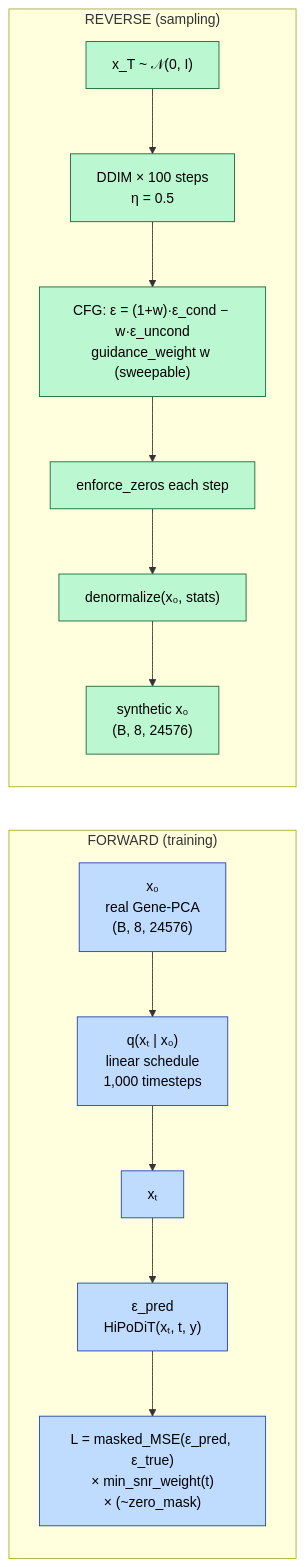
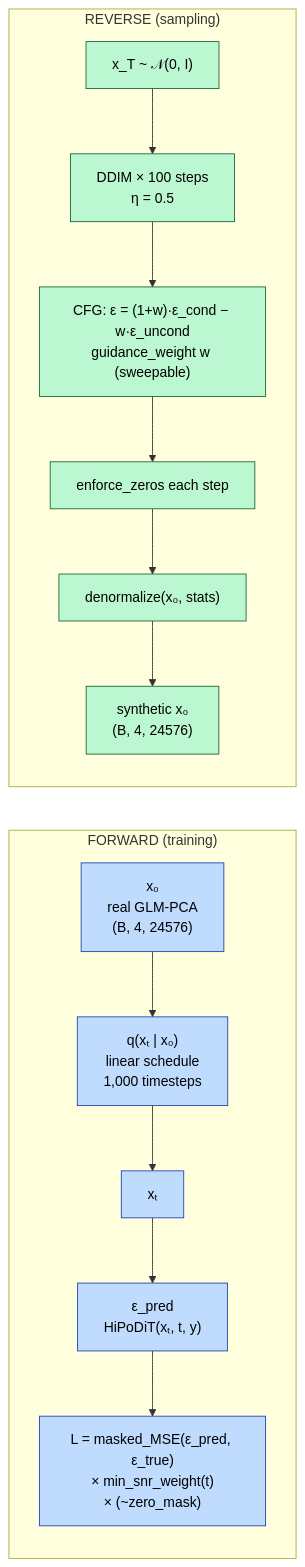
Before and after one commit to zongseung/gene-synthesis-project: the sixth of 8 diagrams in README.md, drawn with Mermaid. The commit also changed other lines of this file and 43 other files, not shown here.

Commit message:
chore: stage HiPoDiT rebuild foundation (binomial GLM-PCA, rebuild/multiseed scripts, tests, OC-FILM removal)

````diff
--- a/README.md
+++ b/README.md
@@ -426,27 +420,27 @@
 ```mermaid
 flowchart LR
     subgraph FWD["FORWARD (training)"]
-        X0["x₀<br/>real Gene-PCA<br/>(B, 8, 24576)"]
+        X0["x₀<br/>real GLM-PCA<br/>(B, 4, 24576)"]
         NS["q(xₜ | x₀)<br/>linear schedule<br/>1,000 timesteps"]
         XT["xₜ"]
         EPS["ε_pred<br/>HiPoDiT(xₜ, t, y)"]
         LOSS["L = masked_MSE(ε_pred, ε_true)<br/>× min_snr_weight(t)<br/>× (~zero_mask)"]
     end
 
     subgraph REV["REVERSE (sampling)"]
         Z["x_T ~ 𝒩(0, I)"]
         DDIM["DDIM × 100 steps<br/>η = 0.5"]
         CFG["CFG: ε = (1+w)·ε_cond − w·ε_uncond<br/>guidance_weight w (sweepable)"]
         Z0["enforce_zeros each step"]
         DEN["denormalize(x₀, stats)"]
-        OUT["synthetic x₀<br/>(B, 8, 24576)"]
+        OUT["synthetic x₀<br/>(B, 4, 24576)"]
     end
 
     X0 --> NS --> XT --> EPS --> LOSS
     Z --> DDIM --> CFG --> Z0 --> DEN --> OUT
 
     classDef fwd fill:#bfdbfe,stroke:#1e40af,color:#000
     classDef rev fill:#bbf7d0,stroke:#166534,color:#000
     class X0,NS,XT,EPS,LOSS fwd
     class Z,DDIM,CFG,Z0,DEN,OUT rev
 ```
````
